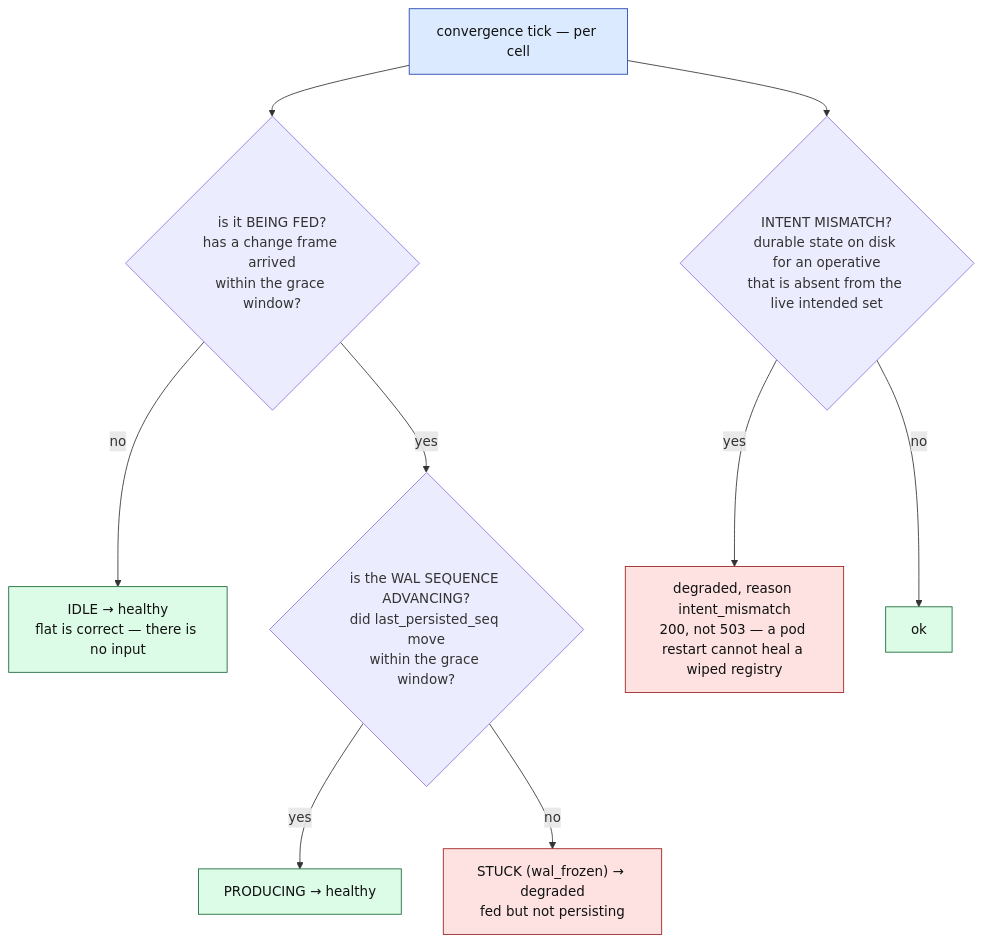
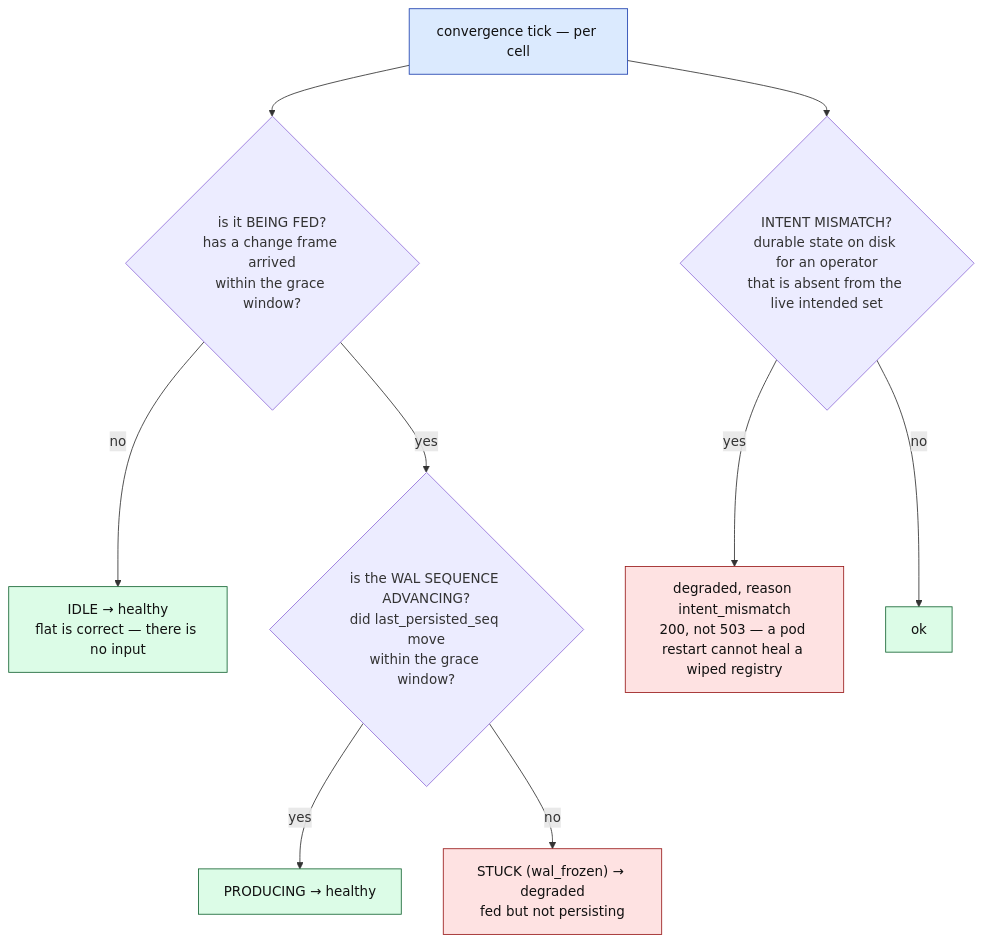
One commit to Flezha/flezha changed diagram 16 of 17 in docs/architecture/kernel.md. Above: the diagram before and after it, drawn with Mermaid. The commit also changed other lines of this file and 929 other files, not shown here.

First line of the commit message:
Rename Operative to Operator, and its kinds to unbounded and bounded

````diff
--- a/docs/architecture/kernel.md
+++ b/docs/architecture/kernel.md
@@ -769,17 +769,17 @@
 ```mermaid
 flowchart TB
     START["convergence tick — per cell"]:::ctrl
     START --> FED{"is it BEING FED?<br/>has a change frame arrived<br/>within the grace window?"}
     FED -->|"no"| IDLE["IDLE → healthy<br/>flat is correct — there is no input"]:::prot
     FED -->|"yes"| ADV{"is the WAL SEQUENCE ADVANCING?<br/>did last_persisted_seq move<br/>within the grace window?"}
     ADV -->|"yes"| OK["PRODUCING → healthy"]:::prot
     ADV -->|"no"| STUCK["STUCK (wal_frozen) → degraded<br/>fed but not persisting"]:::risk
 
-    START --> INTENT{"INTENT MISMATCH?<br/>durable state on disk for an operative<br/>that is absent from the live intended set"}
+    START --> INTENT{"INTENT MISMATCH?<br/>durable state on disk for an operator<br/>that is absent from the live intended set"}
     INTENT -->|"yes"| MM["degraded, reason intent_mismatch<br/>200, not 503 — a pod restart cannot heal a wiped registry"]:::risk
     INTENT -->|"no"| OK2["ok"]:::prot
 
     classDef ctrl fill:#dbeafe,stroke:#1e40af,color:#111
     classDef prot fill:#dcfce7,stroke:#166534,color:#111
     classDef risk fill:#fee2e2,stroke:#991b1b,color:#111
 ```
````
